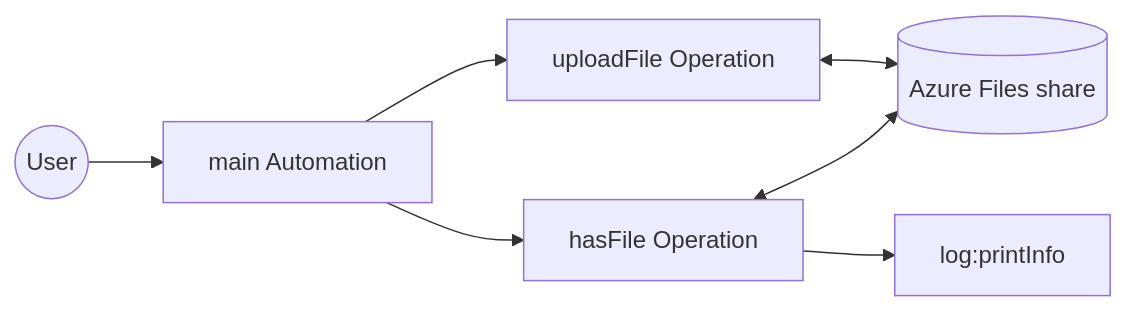
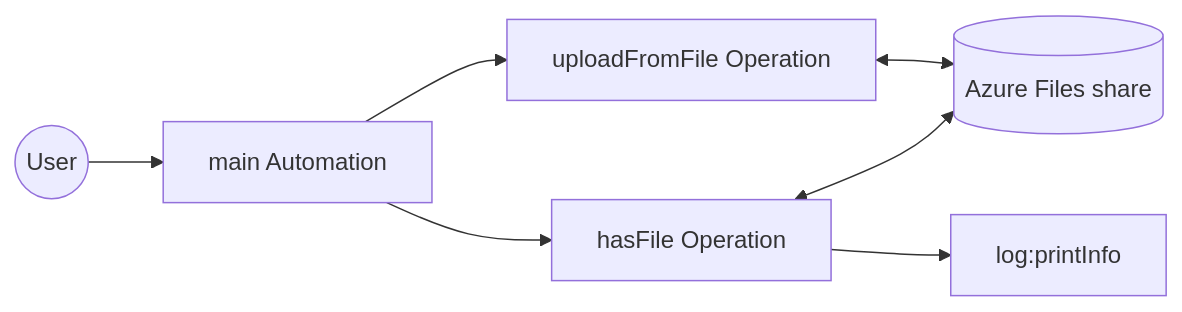
One commit to DimuthuMadushan/docs-integrator changed the first of 2 diagrams in en/docs/connectors/catalog/storage-file/azure.storage.files/example.md. Above: the diagram before and after it, drawn with Mermaid. The commit also changed other lines of this file and 4 other files, not shown here.

````diff
--- a/en/docs/connectors/catalog/storage-file/azure.storage.files/example.md
+++ b/en/docs/connectors/catalog/storage-file/azure.storage.files/example.md
@@ -15,9 +15,9 @@
 ```mermaid
 flowchart LR
     A((User)) --> B[main Automation]
-    B --> C[uploadFile Operation]
+    B --> C[uploadFromFile Operation]
     C <--> D[(Azure Files share)]
     B --> E[hasFile Operation]
     E <--> D
     E --> F[log:printInfo]
 ```
````
